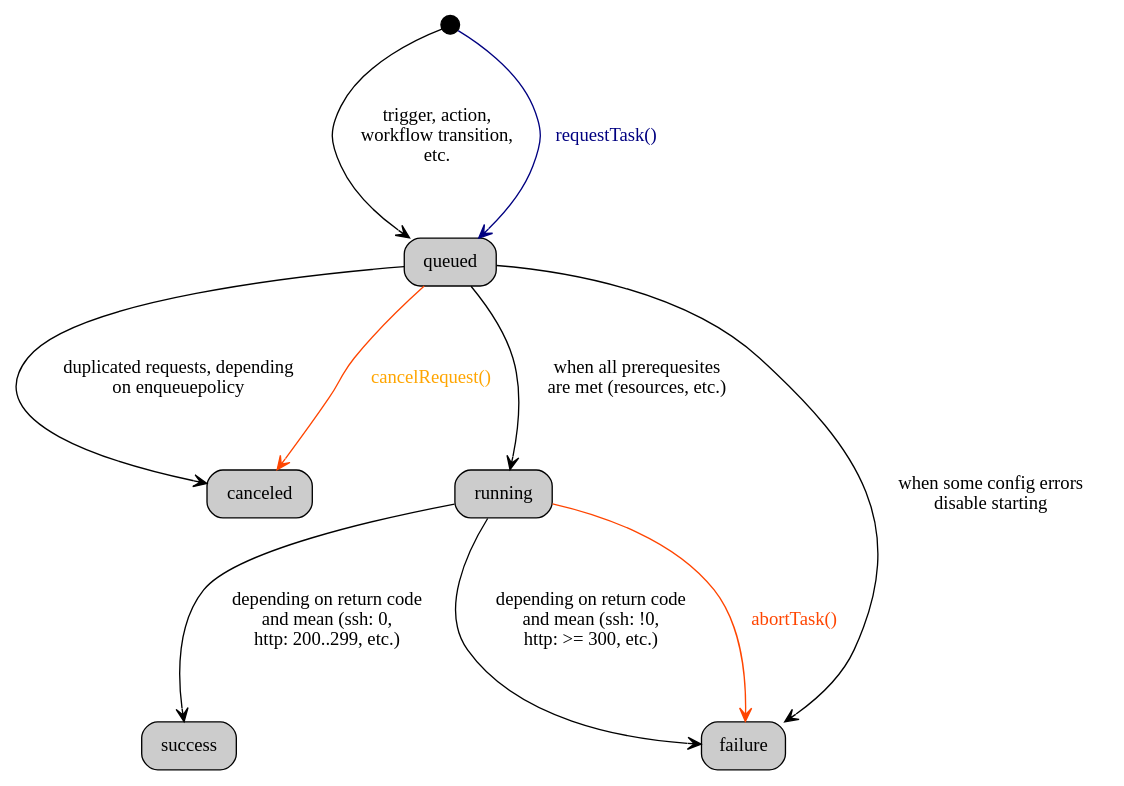
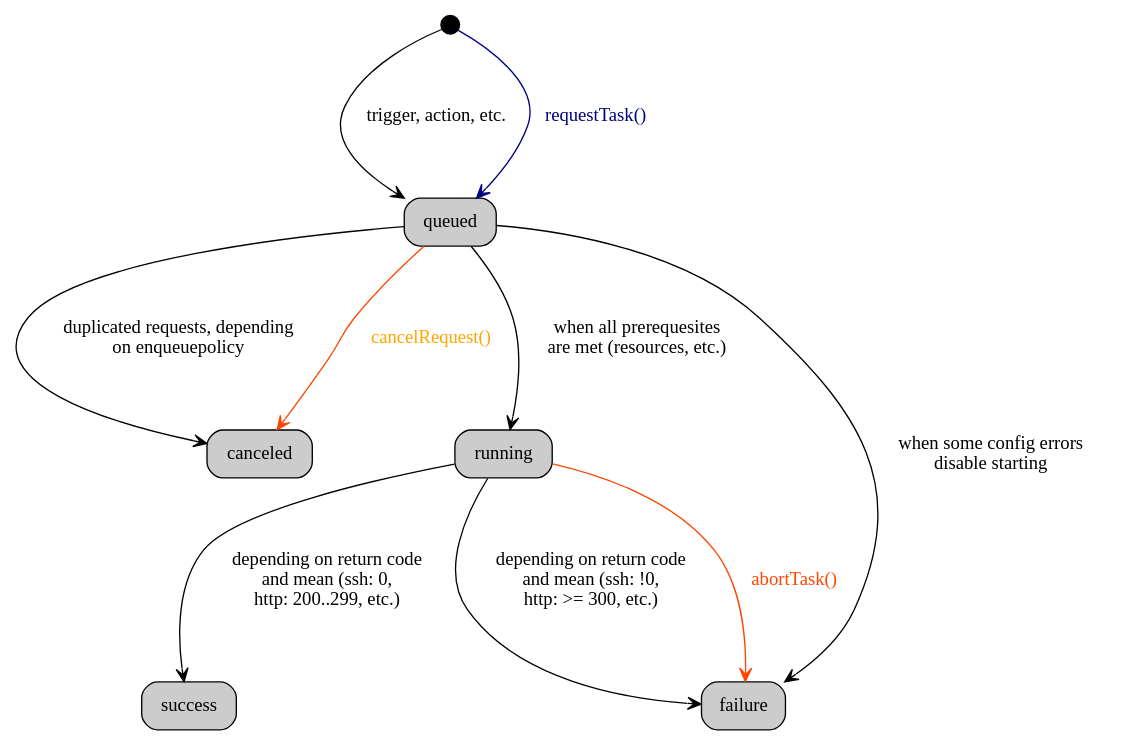
The diagram in doc/taskinstances_statuses.dot (g76r/libqron), drawn with Graphviz before and after one commit. The commit also changed 32 other files, not shown here.

```diff
--- a/doc/taskinstances_statuses.dot
+++ b/doc/taskinstances_statuses.dot
@@ -1,24 +1,24 @@
 graph g {
   newrank=true;
   graph [compound=true,style=rounded,ranksep=1.5]
   edge [arrowhead=vee,dir=forward]
   node [shape=box,style="rounded,filled",fillcolor=grey80]
 
   start [shape=circle,style=filled,width=.2,label="",fillcolor=black]
 
-  start -- queued [label="trigger, action,\nworkflow transition,\netc."]
+  start -- queued [label="trigger, action, etc."]
   queued -- canceled [label="duplicated requests, depending\non enqueuepolicy"]
   queued -- running [label="when all prerequesites\nare met (resources, etc.)"]
   running -- success [label="depending on return code\nand mean (ssh: 0,\nhttp: 200..299, etc.)"]
   running -- failure [label="depending on return code\nand mean (ssh: !0,\nhttp: >= 300, etc.)"]
   queued -- failure [label="when some config errors\ndisable starting"]
 
   edge [color=navy,fontcolor=navy]
   start -- queued [label="requestTask()"]
 
   edge [color=orangered,fontcolor=orange]
   queued -- canceled [label="cancelRequest()"]
 
   edge [color=orangered,fontcolor=orangered]
   running -- failure [label="abortTask()"]
 }
```
